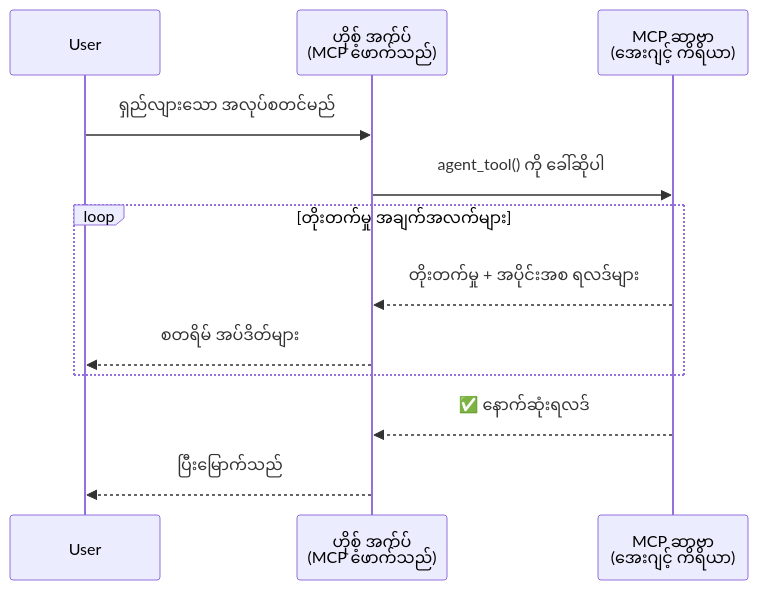
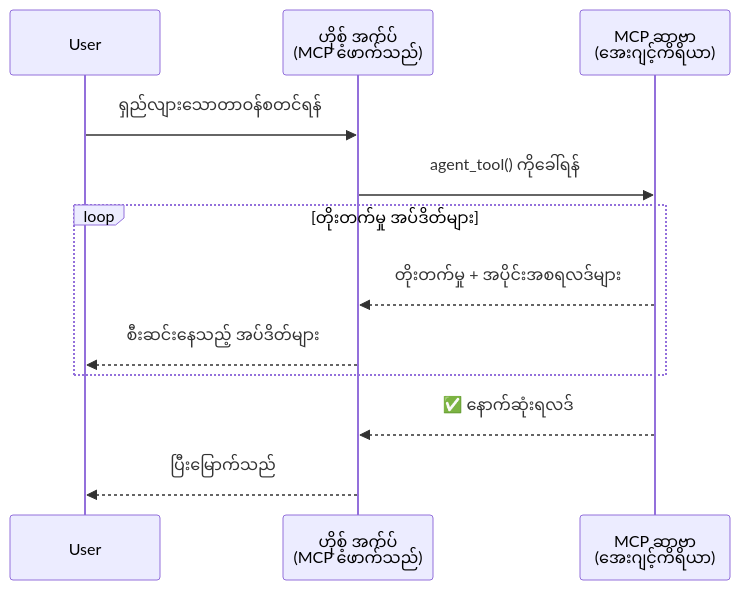
The first of 5 diagrams in mirrors/repos/microsoft@ai-agents-for-beginners/translations/my/11-agentic-protocols/code_samples/mcp-agents/README.md (gabrielmoreira/agent-skills-mirror), drawn with Mermaid before and after one commit. The commit also changed other lines of this file and 4262 other files, not shown here.

````diff
--- a/mirrors/repos/microsoft@ai-agents-for-beginners/translations/my/11-agentic-protocols/code_samples/mcp-agents/README.md
+++ b/mirrors/repos/microsoft@ai-agents-for-beginners/translations/my/11-agentic-protocols/code_samples/mcp-agents/README.md
@@ -46,17 +46,17 @@
 ```mermaid
 sequenceDiagram
     participant User
     participant Host as ဟိုစ့် အက်ပ်<br/>(MCP ဖောက်သည်)
-    participant Server as MCP ဆာဗာ<br/>(အေးဂျင့် ကိရိယာ)
+    participant Server as MCP ဆာဗာ<br/>(အေးဂျင့်ကိရိယာ)
 
-    User->>Host: ရှည်လျားသော အလုပ်စတင်မည်
-    Host->>Server: agent_tool() ကို ခေါ်ဆိုပါ
+    User->>Host: ရှည်လျားသောတာဝန်စတင်ရန်
+    Host->>Server: agent_tool() ကိုခေါ်ရန်
 
-    loop တိုးတက်မှု အချက်အလက်များ
-        Server-->>Host: တိုးတက်မှု + အပိုင်းအစ ရလဒ်များ
-        Host-->>User: စတရိမ် အပ်ဒိတ်များ
+    loop တိုးတက်မှု အပ်ဒိတ်များ
+        Server-->>Host: တိုးတက်မှု + အပိုင်းအစရလဒ်များ
+        Host-->>User: စီးဆင်းနေသည့် အပ်ဒိတ်များ
     end
 
     Server-->>Host: ✅ နောက်ဆုံးရလဒ်
     Host-->>User: ပြီးမြောက်သည်
 ```
````
